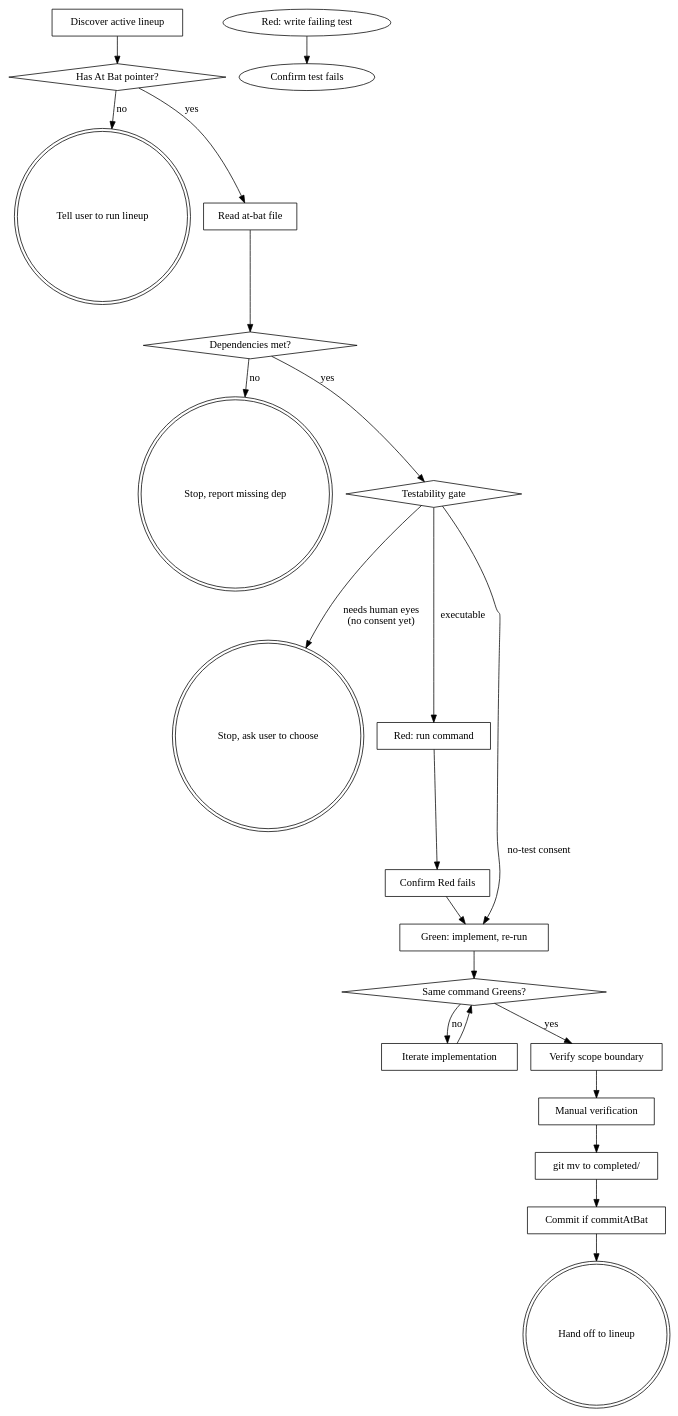
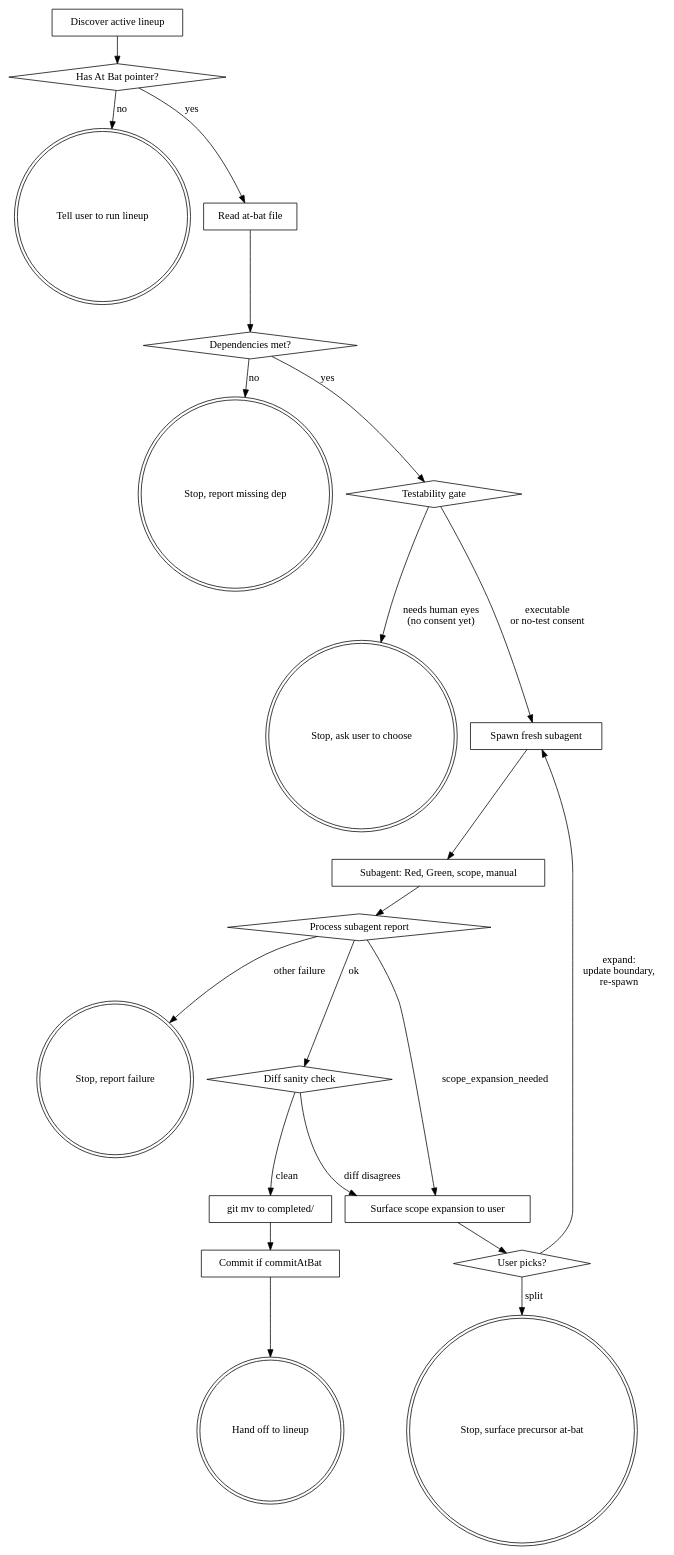
The diagram in plugins/lineup/skills/at-bat/SKILL.md (robmt/claude-tools), drawn with Graphviz before and after one commit. The commit also changed other lines of this file and 1 other file, not shown here.

Commit message:
lineup: update version to 1.2.0 and enhance at-bat implementation instructions

````diff
--- a/plugins/lineup/skills/at-bat/SKILL.md
+++ b/plugins/lineup/skills/at-bat/SKILL.md
@@ -286,43 +234,44 @@
 ```dot
 digraph atbat {
     "Discover active lineup" [shape=box];
     "Has At Bat pointer?" [shape=diamond];
     "Tell user to run lineup" [shape=doublecircle];
     "Read at-bat file" [shape=box];
     "Dependencies met?" [shape=diamond];
     "Stop, report missing dep" [shape=doublecircle];
     "Testability gate" [shape=diamond];
     "Stop, ask user to choose" [shape=doublecircle];
-    "Red: run command" [shape=box];
-    "Confirm Red fails" [shape=box];
-    "Green: implement, re-run" [shape=box];
-    "Same command Greens?" [shape=diamond];
-    "Iterate implementation" [shape=box];
-    "Verify scope boundary" [shape=box];
-    "Manual verification" [shape=box];
+    "Spawn fresh subagent" [shape=box];
+    "Subagent: Red, Green, scope, manual" [shape=box];
+    "Process subagent report" [shape=diamond];
+    "Surface scope expansion to user" [shape=box];
+    "User picks?" [shape=diamond];
+    "Stop, surface precursor at-bat" [shape=doublecircle];
+    "Stop, report failure" [shape=doublecircle];
+    "Diff sanity check" [shape=diamond];
     "git mv to completed/" [shape=box];
     "Commit if commitAtBat" [shape=box];
+    "Hand off to lineup" [shape=doublecircle];
 
     "Discover active lineup" -> "Has At Bat pointer?";
     "Has At Bat pointer?" -> "Tell user to run lineup" [label="no"];
     "Has At Bat pointer?" -> "Read at-bat file" [label="yes"];
     "Read at-bat file" -> "Dependencies met?";
     "Dependencies met?" -> "Stop, report missing dep" [label="no"];
     "Dependencies met?" -> "Testability gate" [label="yes"];
     "Testability gate" -> "Stop, ask user to choose" [label="needs human eyes\n(no consent yet)"];
-    "Testability gate" -> "Red: run command" [label="executable"];
-    "Testability gate" -> "Green: implement, re-run" [label="no-test consent"];
-    "Red: write failing test" -> "Confirm test fails";
-    "Red: run command" -> "Confirm Red fails";
-    "Confirm Red fails" -> "Green: implement, re-run";
-    "Green: implement, re-run" -> "Same command Greens?";
-    "Same command Greens?" -> "Iterate implementation" [label="no"];
-    "Iterate implementation" -> "Same command Greens?";
-    "Same command Greens?" -> "Verify scope boundary" [label="yes"];
-    "Verify scope boundary" -> "Manual verification";
-    "Manual verification" -> "git mv to completed/";
+    "Testability gate" -> "Spawn fresh subagent" [label="executable\nor no-test consent"];
+    "Spawn fresh subagent" -> "Subagent: Red, Green, scope, manual";
+    "Subagent: Red, Green, scope, manual" -> "Process subagent report";
+    "Process subagent report" -> "Surface scope expansion to user" [label="scope_expansion_needed"];
+    "Process subagent report" -> "Stop, report failure" [label="other failure"];
+    "Process subagent report" -> "Diff sanity check" [label="ok"];
+    "Diff sanity check" -> "Surface scope expansion to user" [label="diff disagrees"];
+    "Diff sanity check" -> "git mv to completed/" [label="clean"];
+    "Surface scope expansion to user" -> "User picks?";
+    "User picks?" -> "Spawn fresh subagent" [label="expand:\nupdate boundary,\nre-spawn"];
+    "User picks?" -> "Stop, surface precursor at-bat" [label="split"];
     "git mv to completed/" -> "Commit if commitAtBat";
     "Commit if commitAtBat" -> "Hand off to lineup";
-    "Hand off to lineup" [shape=doublecircle];
 }
 ```
````
